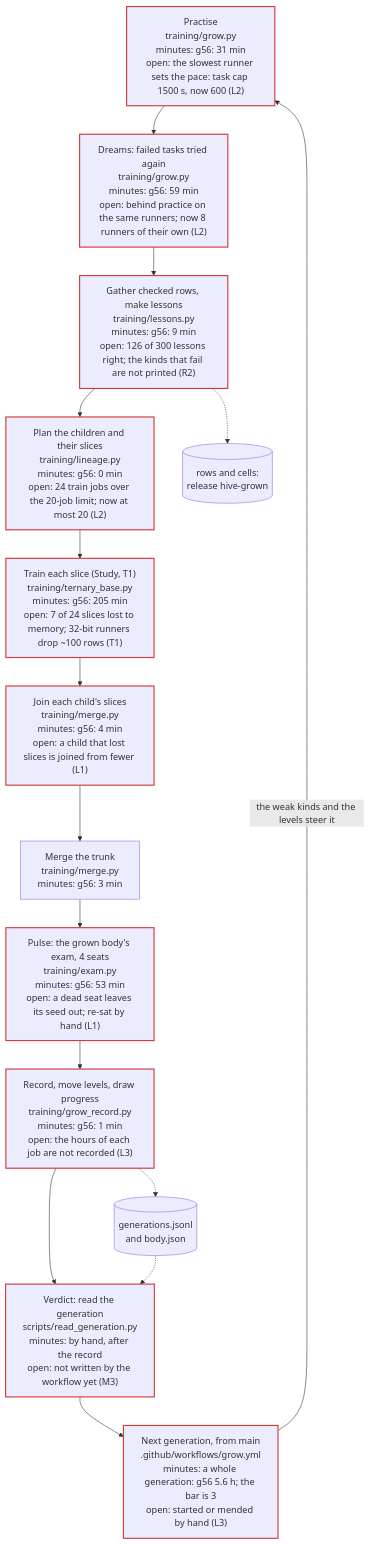
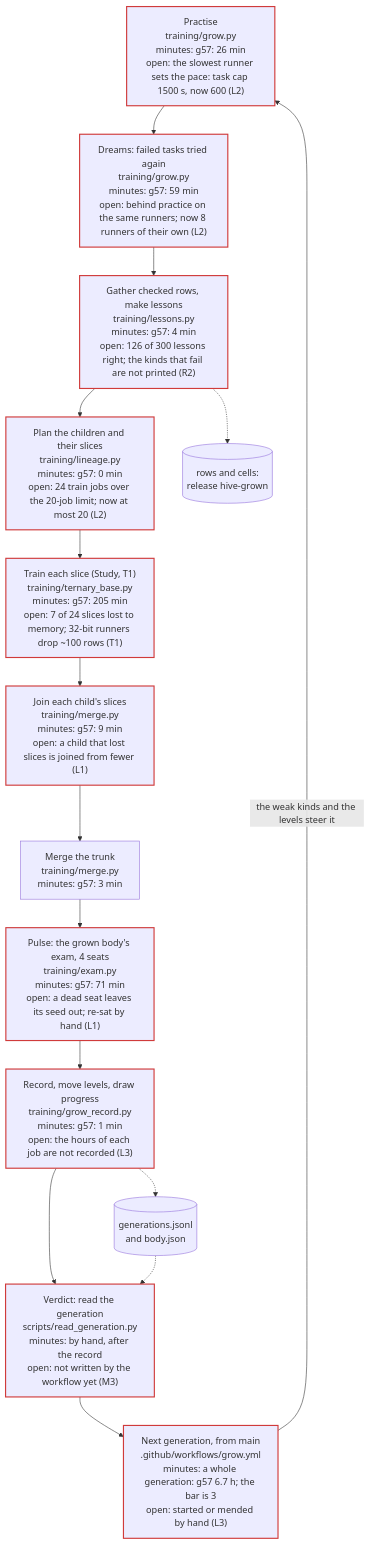
The first of 4 diagrams in docs/KNOWLEDGE.md (Arnav123-s/HiveMIND), drawn with Mermaid before and after one commit. The commit also changed 17 other files, not shown here.

Commit message:
The hive's body: generation g57

````diff
--- a/docs/KNOWLEDGE.md
+++ b/docs/KNOWLEDGE.md
@@ -11,31 +11,31 @@
 ```mermaid
 flowchart TD
-  practise["Practise<br/>training/grow.py<br/>minutes: g56: 31 min<br/>open: the slowest runner sets the pace: task cap 1500 s, now 600 (L2)"]:::open
-  dreams["Dreams: failed tasks tried again<br/>training/grow.py<br/>minutes: g56: 59 min<br/>open: behind practice on the same runners; now 8 runners of their own (L2)"]:::open
-  gather["Gather checked rows, make lessons<br/>training/lessons.py<br/>minutes: g56: 9 min<br/>open: 126 of 300 lessons right; the kinds that fail are not printed (R2)"]:::open
-  plan["Plan the children and their slices<br/>training/lineage.py<br/>minutes: g56: 0 min<br/>open: 24 train jobs over the 20-job limit; now at most 20 (L2)"]:::open
-  trainc["Train each slice (Study, T1)<br/>training/ternary_base.py<br/>minutes: g56: 205 min<br/>open: 7 of 24 slices lost to memory; 32-bit runners drop ~100 rows (T1)"]:::open
-  join["Join each child's slices<br/>training/merge.py<br/>minutes: g56: 4 min<br/>open: a child that lost slices is joined from fewer (L1)"]:::open
-  trunk["Merge the trunk<br/>training/merge.py<br/>minutes: g56: 3 min"]
-  pulse["Pulse: the grown body's exam, 4 seats<br/>training/exam.py<br/>minutes: g56: 53 min<br/>open: a dead seat leaves its seed out; re-sat by hand (L1)"]:::open
-  recordg["Record, move levels, draw progress<br/>training/grow_record.py<br/>minutes: g56: 1 min<br/>open: the hours of each job are not recorded (L3)"]:::open
+  practise["Practise<br/>training/grow.py<br/>minutes: g57: 26 min<br/>open: the slowest runner sets the pace: task cap 1500 s, now 600 (L2)"]:::open
+  dreams["Dreams: failed tasks tried again<br/>training/grow.py<br/>minutes: g57: 59 min<br/>open: behind practice on the same runners; now 8 runners of their own (L2)"]:::open
+  gather["Gather checked rows, make lessons<br/>training/lessons.py<br/>minutes: g57: 4 min<br/>open: 126 of 300 lessons right; the kinds that fail are not printed (R2)"]:::open
+  plan["Plan the children and their slices<br/>training/lineage.py<br/>minutes: g57: 0 min<br/>open: 24 train jobs over the 20-job limit; now at most 20 (L2)"]:::open
+  trainc["Train each slice (Study, T1)<br/>training/ternary_base.py<br/>minutes: g57: 205 min<br/>open: 7 of 24 slices lost to memory; 32-bit runners drop ~100 rows (T1)"]:::open
+  join["Join each child's slices<br/>training/merge.py<br/>minutes: g57: 9 min<br/>open: a child that lost slices is joined from fewer (L1)"]:::open
+  trunk["Merge the trunk<br/>training/merge.py<br/>minutes: g57: 3 min"]
+  pulse["Pulse: the grown body's exam, 4 seats<br/>training/exam.py<br/>minutes: g57: 71 min<br/>open: a dead seat leaves its seed out; re-sat by hand (L1)"]:::open
+  recordg["Record, move levels, draw progress<br/>training/grow_record.py<br/>minutes: g57: 1 min<br/>open: the hours of each job are not recorded (L3)"]:::open
   verdictg["Verdict: read the generation<br/>scripts/read_generation.py<br/>minutes: by hand, after the record<br/>open: not written by the workflow yet (M3)"]:::open
-  nextg["Next generation, from main<br/>.github/workflows/grow.yml<br/>minutes: a whole generation: g56 5.6 h; the bar is 3<br/>open: started or mended by hand (L3)"]:::open
+  nextg["Next generation, from main<br/>.github/workflows/grow.yml<br/>minutes: a whole generation: g57 6.7 h; the bar is 3<br/>open: started or mended by hand (L3)"]:::open
   practise --> dreams
   dreams --> gather
   gather --> plan
   plan --> trainc
   trainc --> join
   join --> trunk
   trunk --> pulse
   pulse --> recordg
   recordg --> verdictg
   verdictg --> nextg
   nextg -->|"the weak kinds and the levels steer it"| practise
   rel[("rows and cells:<br/>release hive-grown")]
   rec[("generations.jsonl<br/>and body.json")]
   gather -.-> rel
   recordg -.-> rec
   rec -.-> verdictg
   classDef open stroke:#d03b3b,stroke-width:2px
 ```
````
